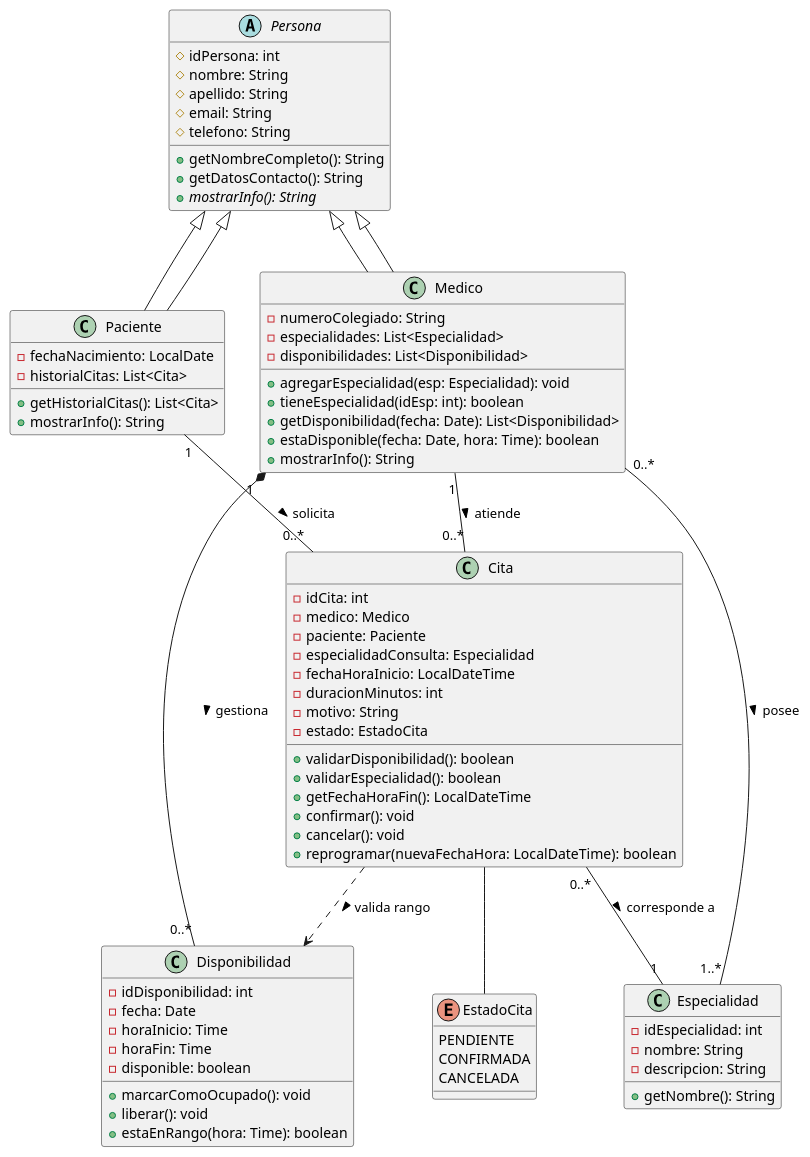
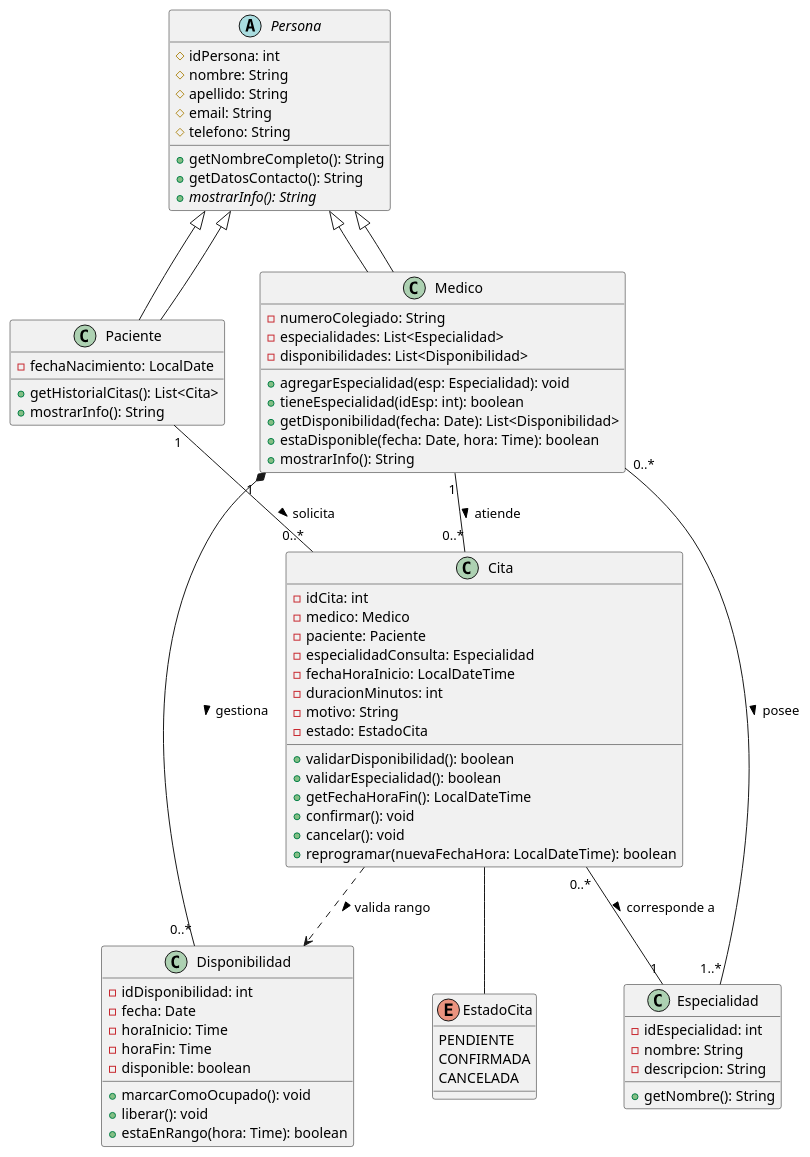
Before and after one commit to GO25003/citas-medicas: the diagram in docs/UML.puml, drawn with PlantUML. The commit also changed 3 other files, not shown here.

Commit message:
Adjunto diagrama uml

```diff
--- a/docs/UML.puml
+++ b/docs/UML.puml
@@ -1,88 +1,87 @@
 @startuml SistemaCitasMedicas
 
 ' ===================== CLASE ABSTRACTA =====================
 abstract class Persona {
   #idPersona: int
   #nombre: String
   #apellido: String
   #email: String
   #telefono: String
   +getNombreCompleto(): String
   +getDatosContacto(): String
   {abstract} +mostrarInfo(): String
 }
 
 ' ===================== HERENCIA =====================
 class Medico extends Persona {
   -numeroColegiado: String
   -especialidades: List<Especialidad>
   -disponibilidades: List<Disponibilidad>
   +agregarEspecialidad(esp: Especialidad): void
   +tieneEspecialidad(idEsp: int): boolean
   +getDisponibilidad(fecha: Date): List<Disponibilidad>
   +estaDisponible(fecha: Date, hora: Time): boolean
   +mostrarInfo(): String
 }
 
 class Paciente extends Persona {
   -fechaNacimiento: LocalDate
-  -historialCitas: List<Cita>
   +getHistorialCitas(): List<Cita>
   +mostrarInfo(): String
 }
 
 ' ===================== CLASES ASOCIADAS =====================
 class Especialidad {
   -idEspecialidad: int
   -nombre: String
   -descripcion: String
   +getNombre(): String
 }
 
 class Cita {
   -idCita: int
   -medico: Medico
   -paciente: Paciente
   -especialidadConsulta: Especialidad
   -fechaHoraInicio: LocalDateTime
   -duracionMinutos: int
   -motivo: String
   -estado: EstadoCita
   +validarDisponibilidad(): boolean
   +validarEspecialidad(): boolean
   +getFechaHoraFin(): LocalDateTime
   +confirmar(): void
   +cancelar(): void
   +reprogramar(nuevaFechaHora: LocalDateTime): boolean
 }
 
 class Disponibilidad {
   -idDisponibilidad: int
   -fecha: Date
   -horaInicio: Time
   -horaFin: Time
   -disponible: boolean
   +marcarComoOcupado(): void
   +liberar(): void
   +estaEnRango(hora: Time): boolean
 }
 
 enum EstadoCita {
   PENDIENTE
   CONFIRMADA
   CANCELADA
 }
 
 ' ===================== RELACIONES =====================
 Persona <|-- Medico
 Persona <|-- Paciente
 
 Medico "0..*" -- "1..*" Especialidad : posee >
 Medico "1" *-- "0..*" Disponibilidad : gestiona >
 Medico "1" -- "0..*" Cita : atiende >
 Paciente "1" -- "0..*" Cita : solicita >
 Cita "0..*" -- "1" Especialidad : corresponde a >
 Cita ..> Disponibilidad : valida rango >
 Cita -- EstadoCita
 
 @enduml
```
